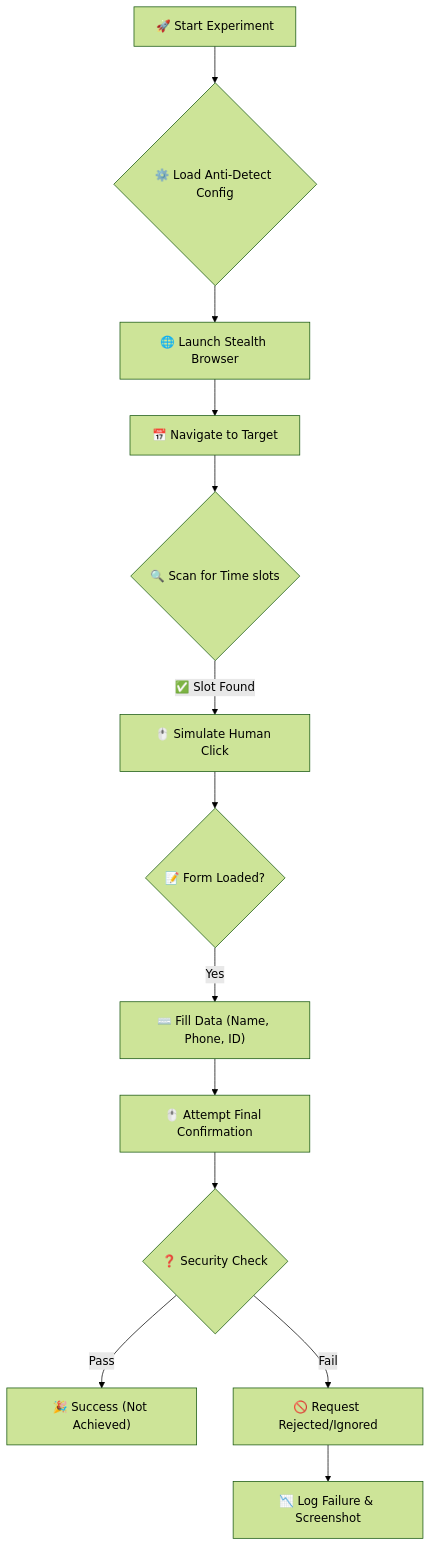
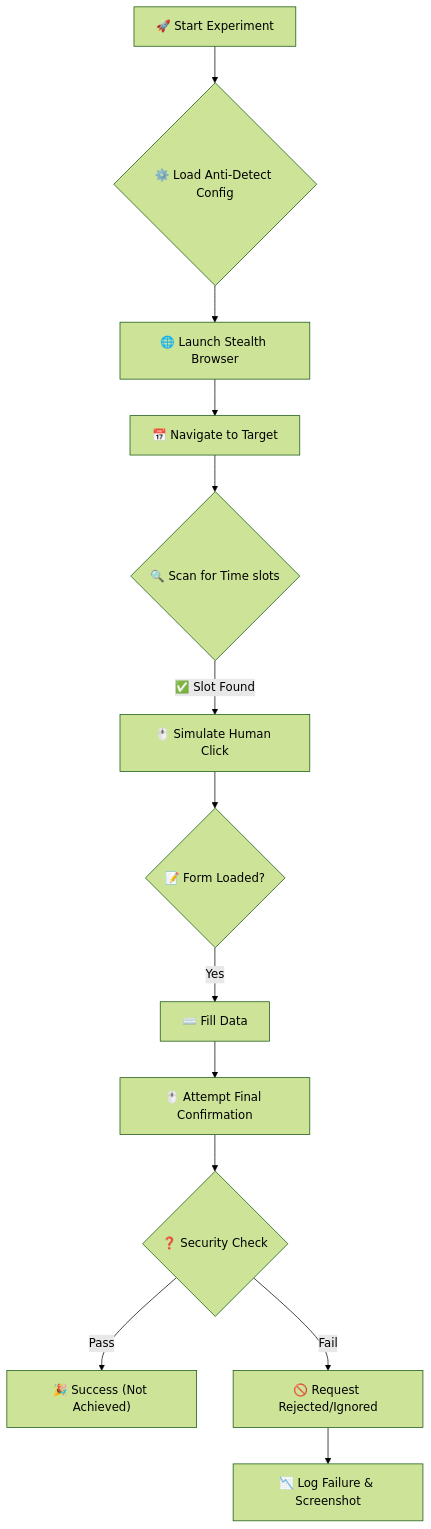
One commit to Kritchanaxt/bot-auto-room changed the diagram in README.md. Above: the diagram before and after it, drawn with Mermaid (forest theme).

````diff
--- a/README.md
+++ b/README.md
@@ -100,19 +100,19 @@
 ```mermaid
 graph TD
     A["🚀 Start Experiment"] --> B{"⚙️ Load Anti-Detect Config"}
     B --> C["🌐 Launch Stealth Browser"]
     C --> D["📅 Navigate to Target"]
     D --> E{"🔍 Scan for Time slots"}
     
     E -- "✅ Slot Found" --> F["🖱️ Simulate Human Click"]
     F --> G{"📝 Form Loaded?"}
     
-    G -- "Yes" --> H["⌨️ Fill Data (Name, Phone, ID)"]
+    G -- "Yes" --> H["⌨️ Fill Data "]
     H --> I["🖱️ Attempt Final Confirmation"]
     
     I --> J{❓ Security Check}
     J -- "Pass" --> K["🎉 Success (Not Achieved)"]
     J -- "Fail" --> L["🚫 Request Rejected/Ignored"]
     
     L --> M["📉 Log Failure & Screenshot"]
 ```
````
